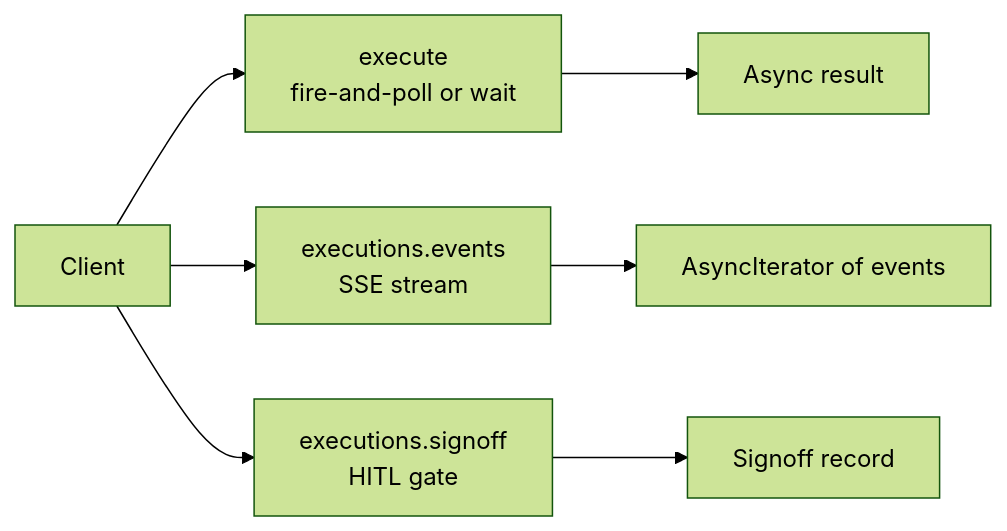
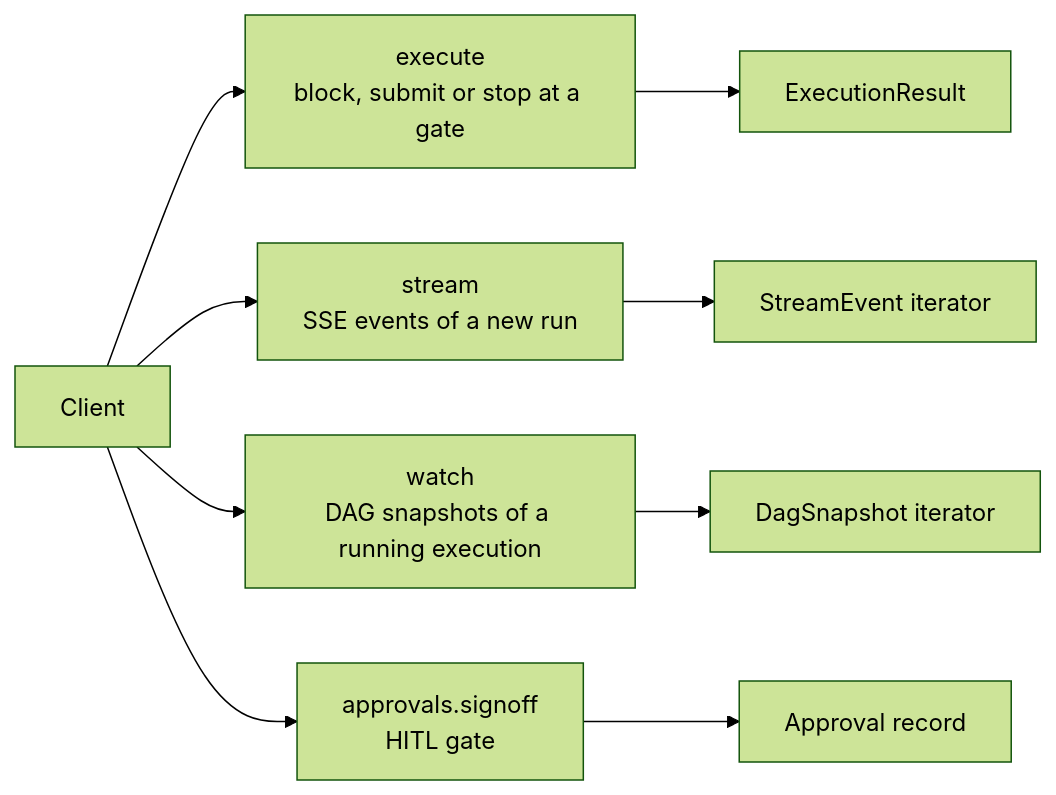
The diagram in docs/03-sdk/00-overview.md (sarkar4777/abenix), drawn with Mermaid (forest theme) before and after one commit. The commit also changed other lines of this file and 36 other files, not shown here.

````diff
--- a/docs/03-sdk/00-overview.md
+++ b/docs/03-sdk/00-overview.md
@@ -25,10 +25,12 @@
 ```mermaid
 flowchart LR
-  C[Client] --> R[execute<br/>fire-and-poll or wait]
-  C --> E[executions.events<br/>SSE stream]
-  C --> S[executions.signoff<br/>HITL gate]
+  C[Client] --> R[execute<br/>block, submit or stop at a gate]
+  C --> S[stream<br/>SSE events of a new run]
+  C --> W[watch<br/>DAG snapshots of a running execution]
+  C --> A[approvals.signoff<br/>HITL gate]
 
-  R --> A[Async result]
-  E --> AE[AsyncIterator of events]
-  S --> SR[Signoff record]
+  R --> ER[ExecutionResult]
+  S --> SE[StreamEvent iterator]
+  W --> DS[DagSnapshot iterator]
+  A --> AP[Approval record]
 ```
````
